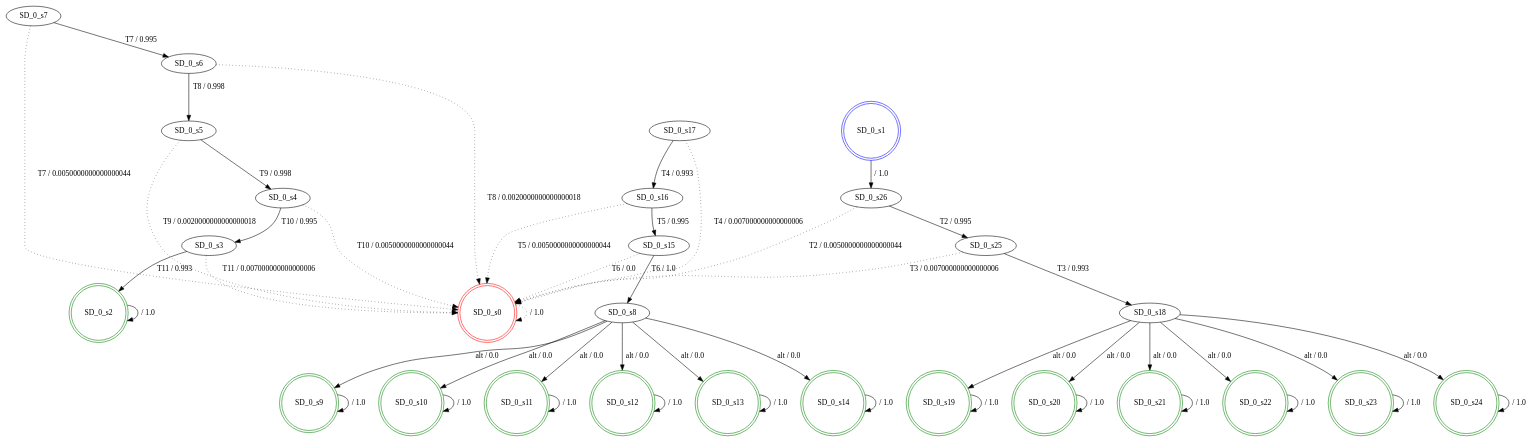
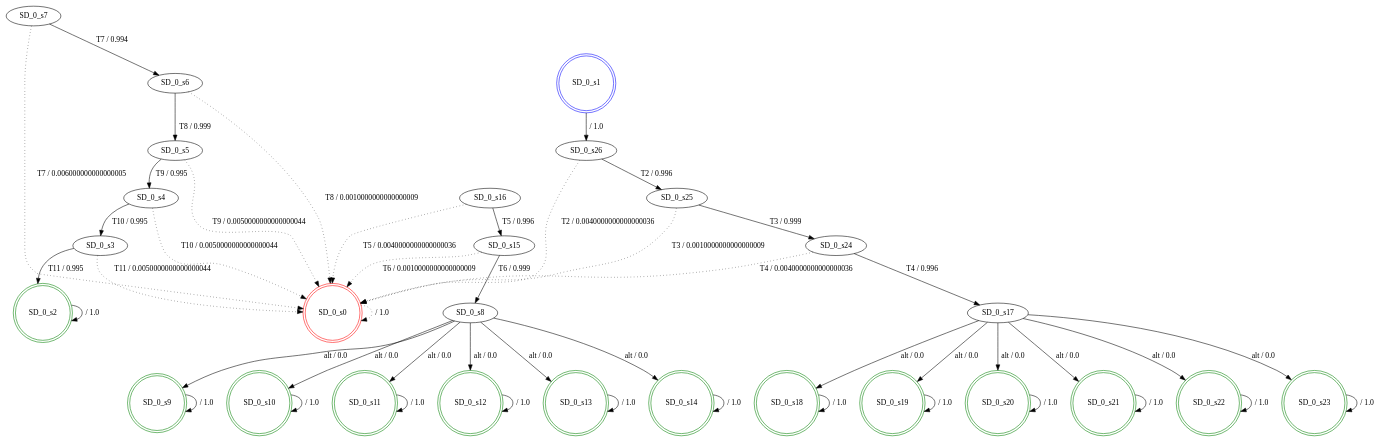
The diagram in src/results_igor/2/fdtmc_SD_0.dot (SPLMC/spl-generator), drawn with Graphviz before and after one commit. The commit also changed 20 other files, not shown here.

```diff
--- a/src/results_igor/2/fdtmc_SD_0.dot
+++ b/src/results_igor/2/fdtmc_SD_0.dot
@@ -1,76 +1,76 @@
 digraph graphname {
 SD_0_s0 [label="SD_0_s0",color=red,shape=doublecircle ];
 SD_0_s1 [label="SD_0_s1",color=blue,shape=doublecircle ];
 SD_0_s2 [label="SD_0_s2",color=green,shape=doublecircle ];
 SD_0_s3 [label="SD_0_s3" ];
 SD_0_s4 [label="SD_0_s4" ];
 SD_0_s5 [label="SD_0_s5" ];
 SD_0_s6 [label="SD_0_s6" ];
 SD_0_s7 [label="SD_0_s7" ];
 SD_0_s8 [label="SD_0_s8" ];
 SD_0_s9 [label="SD_0_s9",color=green,shape=doublecircle ];
 SD_0_s10 [label="SD_0_s10",color=green,shape=doublecircle ];
 SD_0_s11 [label="SD_0_s11",color=green,shape=doublecircle ];
 SD_0_s12 [label="SD_0_s12",color=green,shape=doublecircle ];
 SD_0_s13 [label="SD_0_s13",color=green,shape=doublecircle ];
 SD_0_s14 [label="SD_0_s14",color=green,shape=doublecircle ];
 SD_0_s15 [label="SD_0_s15" ];
 SD_0_s16 [label="SD_0_s16" ];
 SD_0_s17 [label="SD_0_s17" ];
-SD_0_s18 [label="SD_0_s18" ];
+SD_0_s18 [label="SD_0_s18",color=green,shape=doublecircle ];
 SD_0_s19 [label="SD_0_s19",color=green,shape=doublecircle ];
 SD_0_s20 [label="SD_0_s20",color=green,shape=doublecircle ];
 SD_0_s21 [label="SD_0_s21",color=green,shape=doublecircle ];
 SD_0_s22 [label="SD_0_s22",color=green,shape=doublecircle ];
 SD_0_s23 [label="SD_0_s23",color=green,shape=doublecircle ];
-SD_0_s24 [label="SD_0_s24",color=green,shape=doublecircle ];
+SD_0_s24 [label="SD_0_s24" ];
 SD_0_s25 [label="SD_0_s25" ];
 SD_0_s26 [label="SD_0_s26" ];
 SD_0_s0 -> SD_0_s0 [label=" / 1.0", style=dotted];
 SD_0_s1 -> SD_0_s26 [label=" / 1.0"];
 SD_0_s2 -> SD_0_s2 [label=" / 1.0"];
-SD_0_s3 -> SD_0_s2 [label="T11 / 0.993"];
-SD_0_s3 -> SD_0_s0 [label="T11 / 0.007000000000000006", style=dotted];
+SD_0_s3 -> SD_0_s2 [label="T11 / 0.995"];
+SD_0_s3 -> SD_0_s0 [label="T11 / 0.0050000000000000044", style=dotted];
 SD_0_s4 -> SD_0_s3 [label="T10 / 0.995"];
 SD_0_s4 -> SD_0_s0 [label="T10 / 0.0050000000000000044", style=dotted];
-SD_0_s5 -> SD_0_s4 [label="T9 / 0.998"];
-SD_0_s5 -> SD_0_s0 [label="T9 / 0.0020000000000000018", style=dotted];
-SD_0_s6 -> SD_0_s5 [label="T8 / 0.998"];
-SD_0_s6 -> SD_0_s0 [label="T8 / 0.0020000000000000018", style=dotted];
-SD_0_s7 -> SD_0_s6 [label="T7 / 0.995"];
-SD_0_s7 -> SD_0_s0 [label="T7 / 0.0050000000000000044", style=dotted];
+SD_0_s5 -> SD_0_s4 [label="T9 / 0.995"];
+SD_0_s5 -> SD_0_s0 [label="T9 / 0.0050000000000000044", style=dotted];
+SD_0_s6 -> SD_0_s5 [label="T8 / 0.999"];
+SD_0_s6 -> SD_0_s0 [label="T8 / 0.0010000000000000009", style=dotted];
+SD_0_s7 -> SD_0_s6 [label="T7 / 0.994"];
+SD_0_s7 -> SD_0_s0 [label="T7 / 0.006000000000000005", style=dotted];
 SD_0_s8 -> SD_0_s9 [label="alt / 0.0"];
 SD_0_s8 -> SD_0_s10 [label="alt / 0.0"];
 SD_0_s8 -> SD_0_s11 [label="alt / 0.0"];
 SD_0_s8 -> SD_0_s12 [label="alt / 0.0"];
 SD_0_s8 -> SD_0_s13 [label="alt / 0.0"];
 SD_0_s8 -> SD_0_s14 [label="alt / 0.0"];
 SD_0_s9 -> SD_0_s9 [label=" / 1.0"];
 SD_0_s10 -> SD_0_s10 [label=" / 1.0"];
 SD_0_s11 -> SD_0_s11 [label=" / 1.0"];
 SD_0_s12 -> SD_0_s12 [label=" / 1.0"];
 SD_0_s13 -> SD_0_s13 [label=" / 1.0"];
 SD_0_s14 -> SD_0_s14 [label=" / 1.0"];
-SD_0_s15 -> SD_0_s8 [label="T6 / 1.0"];
-SD_0_s15 -> SD_0_s0 [label="T6 / 0.0", style=dotted];
-SD_0_s16 -> SD_0_s15 [label="T5 / 0.995"];
-SD_0_s16 -> SD_0_s0 [label="T5 / 0.0050000000000000044", style=dotted];
-SD_0_s17 -> SD_0_s16 [label="T4 / 0.993"];
-SD_0_s17 -> SD_0_s0 [label="T4 / 0.007000000000000006", style=dotted];
-SD_0_s18 -> SD_0_s19 [label="alt / 0.0"];
-SD_0_s18 -> SD_0_s20 [label="alt / 0.0"];
-SD_0_s18 -> SD_0_s21 [label="alt / 0.0"];
-SD_0_s18 -> SD_0_s22 [label="alt / 0.0"];
-SD_0_s18 -> SD_0_s23 [label="alt / 0.0"];
-SD_0_s18 -> SD_0_s24 [label="alt / 0.0"];
+SD_0_s15 -> SD_0_s8 [label="T6 / 0.999"];
+SD_0_s15 -> SD_0_s0 [label="T6 / 0.0010000000000000009", style=dotted];
+SD_0_s16 -> SD_0_s15 [label="T5 / 0.996"];
+SD_0_s16 -> SD_0_s0 [label="T5 / 0.0040000000000000036", style=dotted];
+SD_0_s17 -> SD_0_s18 [label="alt / 0.0"];
+SD_0_s17 -> SD_0_s19 [label="alt / 0.0"];
+SD_0_s17 -> SD_0_s20 [label="alt / 0.0"];
+SD_0_s17 -> SD_0_s21 [label="alt / 0.0"];
+SD_0_s17 -> SD_0_s22 [label="alt / 0.0"];
+SD_0_s17 -> SD_0_s23 [label="alt / 0.0"];
+SD_0_s18 -> SD_0_s18 [label=" / 1.0"];
 SD_0_s19 -> SD_0_s19 [label=" / 1.0"];
 SD_0_s20 -> SD_0_s20 [label=" / 1.0"];
 SD_0_s21 -> SD_0_s21 [label=" / 1.0"];
 SD_0_s22 -> SD_0_s22 [label=" / 1.0"];
 SD_0_s23 -> SD_0_s23 [label=" / 1.0"];
-SD_0_s24 -> SD_0_s24 [label=" / 1.0"];
-SD_0_s25 -> SD_0_s18 [label="T3 / 0.993"];
-SD_0_s25 -> SD_0_s0 [label="T3 / 0.007000000000000006", style=dotted];
-SD_0_s26 -> SD_0_s25 [label="T2 / 0.995"];
-SD_0_s26 -> SD_0_s0 [label="T2 / 0.0050000000000000044", style=dotted];
+SD_0_s24 -> SD_0_s17 [label="T4 / 0.996"];
+SD_0_s24 -> SD_0_s0 [label="T4 / 0.0040000000000000036", style=dotted];
+SD_0_s25 -> SD_0_s24 [label="T3 / 0.999"];
+SD_0_s25 -> SD_0_s0 [label="T3 / 0.0010000000000000009", style=dotted];
+SD_0_s26 -> SD_0_s25 [label="T2 / 0.996"];
+SD_0_s26 -> SD_0_s0 [label="T2 / 0.0040000000000000036", style=dotted];
 }
```
